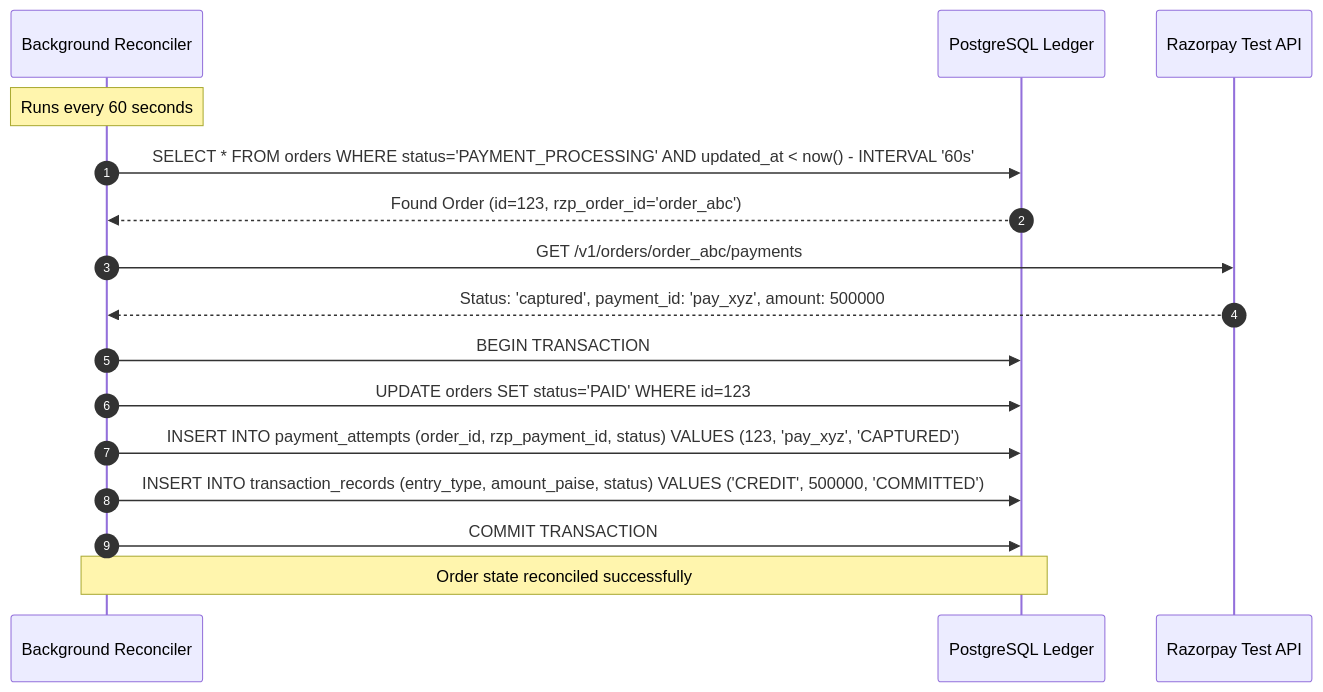
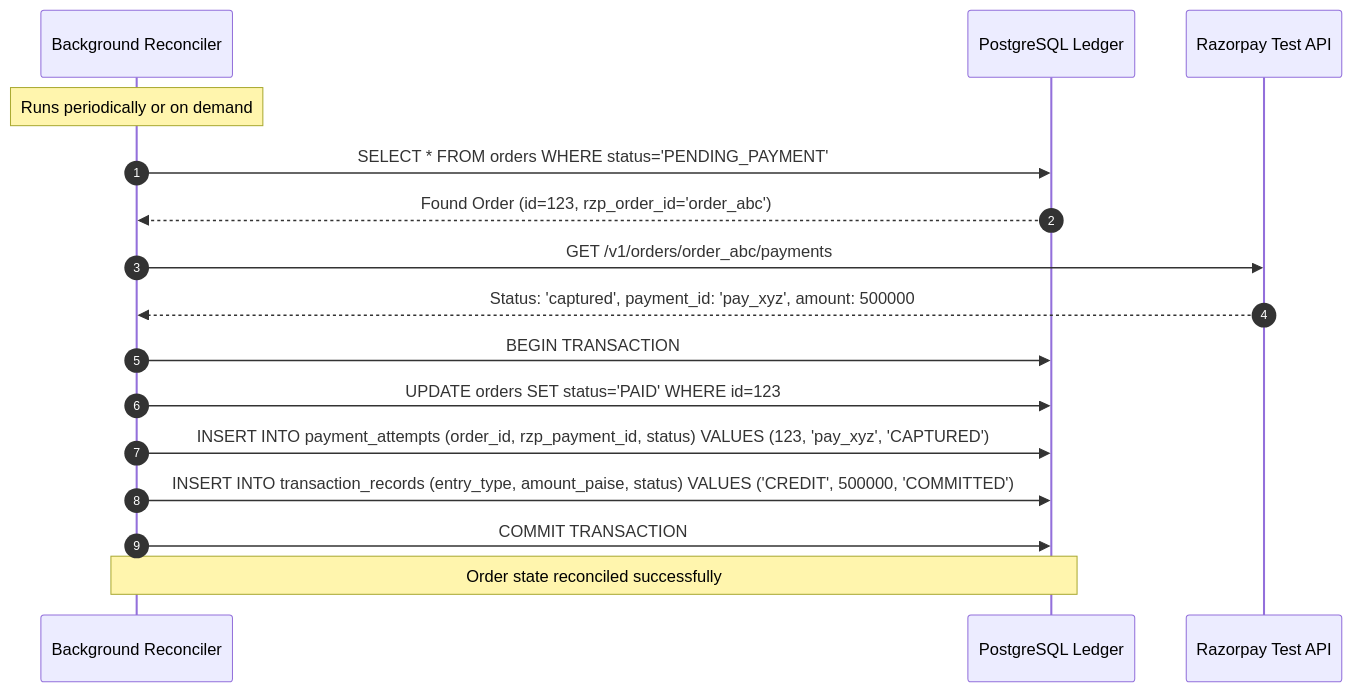
One commit to haddybhaiya/pimp changed the second of 2 diagrams in docs/failure-model.md. Above: the diagram before and after it, drawn with Mermaid. The commit also changed other lines of this file and 1 other file, not shown here.

Commit message:
Update failure model documentation and phase status to reflect completion of Phase 1.5 and clarify recovery mechanisms

````diff
--- a/docs/failure-model.md
+++ b/docs/failure-model.md
@@ -48,19 +49,19 @@
 ```mermaid
 sequenceDiagram
     autonumber
     participant Worker as Background Reconciler
     participant DB as PostgreSQL Ledger
     participant RZP as Razorpay Test API
 
-    Note over Worker: Runs every 60 seconds
-    Worker->>DB: SELECT * FROM orders WHERE status='PAYMENT_PROCESSING' AND updated_at < now() - INTERVAL '60s'
+    Note over Worker: Runs periodically or on demand
+    Worker->>DB: SELECT * FROM orders WHERE status='PENDING_PAYMENT'
     DB-->>Worker: Found Order (id=123, rzp_order_id='order_abc')
     Worker->>RZP: GET /v1/orders/order_abc/payments
     RZP-->>Worker: Status: 'captured', payment_id: 'pay_xyz', amount: 500000
     Worker->>DB: BEGIN TRANSACTION
     Worker->>DB: UPDATE orders SET status='PAID' WHERE id=123
     Worker->>DB: INSERT INTO payment_attempts (order_id, rzp_payment_id, status) VALUES (123, 'pay_xyz', 'CAPTURED')
     Worker->>DB: INSERT INTO transaction_records (entry_type, amount_paise, status) VALUES ('CREDIT', 500000, 'COMMITTED')
     Worker->>DB: COMMIT TRANSACTION
     Note over Worker,DB: Order state reconciled successfully
 ```
````
